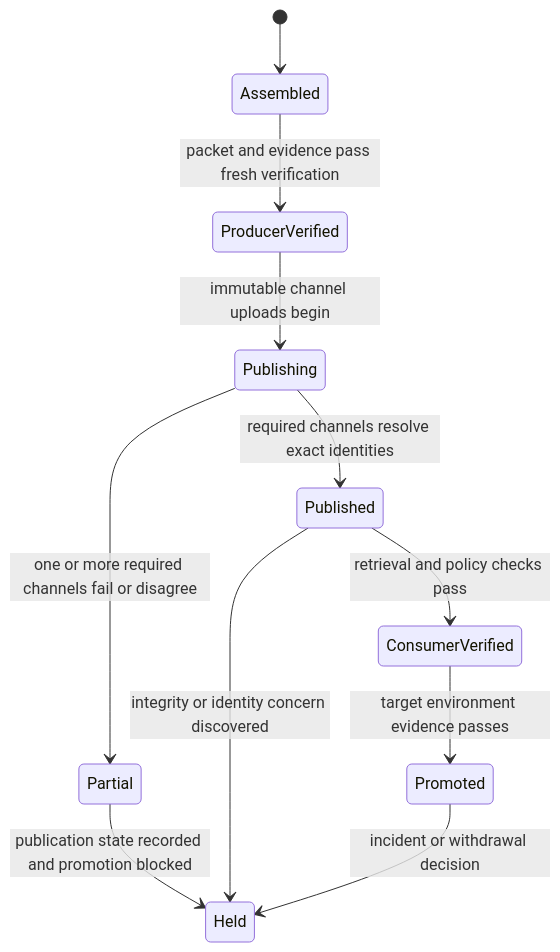
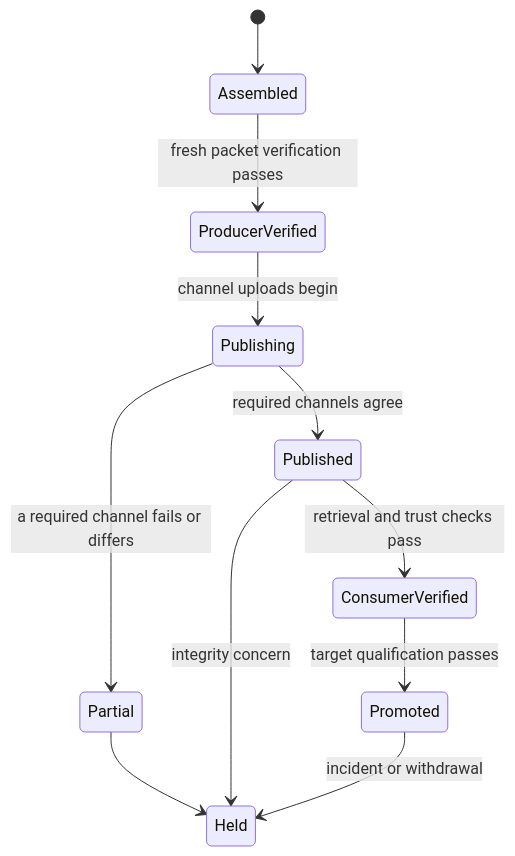
The second of 2 diagrams in docs/bijux-atlas-ops/release/index.md (bijux/bijux-atlas), drawn with Mermaid before and after one commit. The commit also changed other lines of this file and 1 other file, not shown here.

````diff
--- a/docs/bijux-atlas-ops/release/index.md
+++ b/docs/bijux-atlas-ops/release/index.md
@@ -59,13 +44,13 @@
 ```mermaid
 stateDiagram-v2
     [*] --> Assembled
-    Assembled --> ProducerVerified: packet and evidence pass fresh verification
-    ProducerVerified --> Publishing: immutable channel uploads begin
-    Publishing --> Published: required channels resolve exact identities
-    Publishing --> Partial: one or more required channels fail or disagree
-    Published --> ConsumerVerified: retrieval and policy checks pass
-    ConsumerVerified --> Promoted: target environment evidence passes
-    Partial --> Held: publication state recorded and promotion blocked
-    Published --> Held: integrity or identity concern discovered
-    Promoted --> Held: incident or withdrawal decision
+    Assembled --> ProducerVerified: fresh packet verification passes
+    ProducerVerified --> Publishing: channel uploads begin
+    Publishing --> Published: required channels agree
+    Publishing --> Partial: a required channel fails or differs
+    Published --> ConsumerVerified: retrieval and trust checks pass
+    ConsumerVerified --> Promoted: target qualification passes
+    Partial --> Held
+    Published --> Held: integrity concern
+    Promoted --> Held: incident or withdrawal
 ```
````
